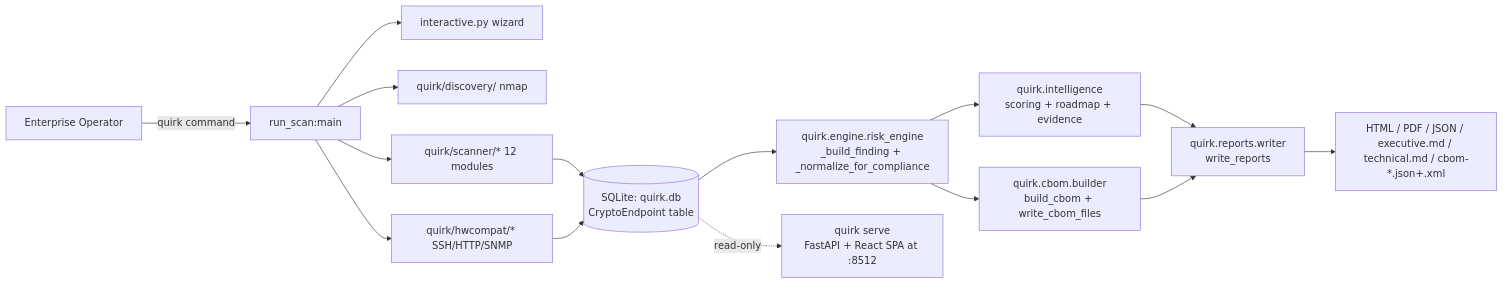
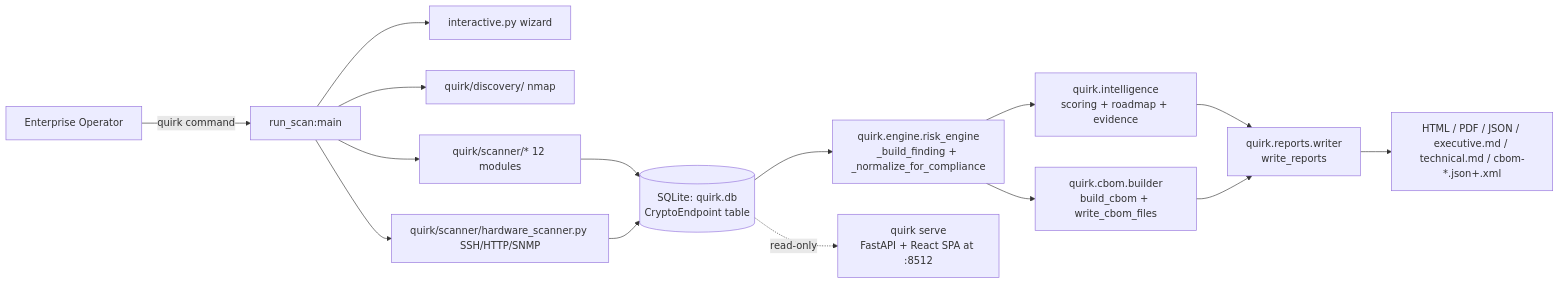
The first of 3 diagrams in docs/architecture.md (0xD1g5/QU.I.R.K), drawn with Mermaid before and after one commit. The commit also changed other lines of this file, not shown here.

Commit message:
fix(135): WR-02 correct module path from quirk/hwcompat/ to quirk/scanner/ in flowchart and §12

````diff
--- a/docs/architecture.md
+++ b/docs/architecture.md
@@ -13,17 +13,17 @@
 ```mermaid
 flowchart LR
   User[Enterprise Operator] -->|quirk command| CLI[run_scan:main]
   CLI --> Wizard[interactive.py wizard]
   CLI --> Discovery[quirk/discovery/ nmap]
   CLI --> Scanners[quirk/scanner/* 12 modules]
-  CLI --> HardwareScan[quirk/hwcompat/* SSH/HTTP/SNMP]
+  CLI --> HardwareScan[quirk/scanner/hardware_scanner.py SSH/HTTP/SNMP]
   Scanners --> DB[(SQLite: quirk.db<br/>CryptoEndpoint table)]
   HardwareScan --> DB
   DB --> Risk[quirk.engine.risk_engine<br/>_build_finding + _normalize_for_compliance]
   Risk --> Intel[quirk.intelligence<br/>scoring + roadmap + evidence]
   Risk --> CBOM[quirk.cbom.builder<br/>build_cbom + write_cbom_files]
   Intel --> Reports[quirk.reports.writer<br/>write_reports]
   CBOM --> Reports
   Reports --> Outputs[HTML / PDF / JSON / executive.md / technical.md / cbom-*.json+.xml]
   DB -.read-only.-> Dashboard[quirk serve<br/>FastAPI + React SPA at :8512]
 ```
````
